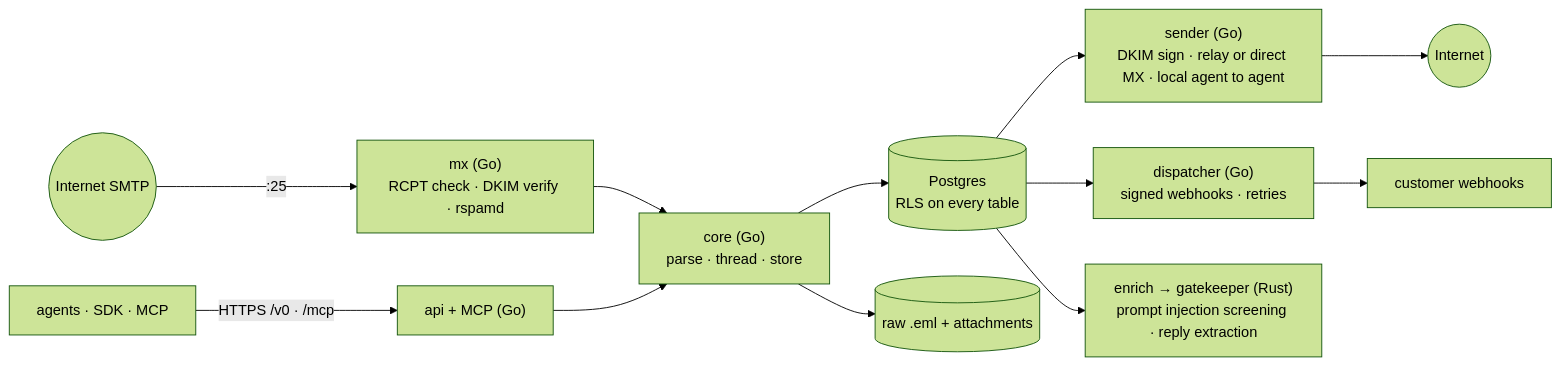
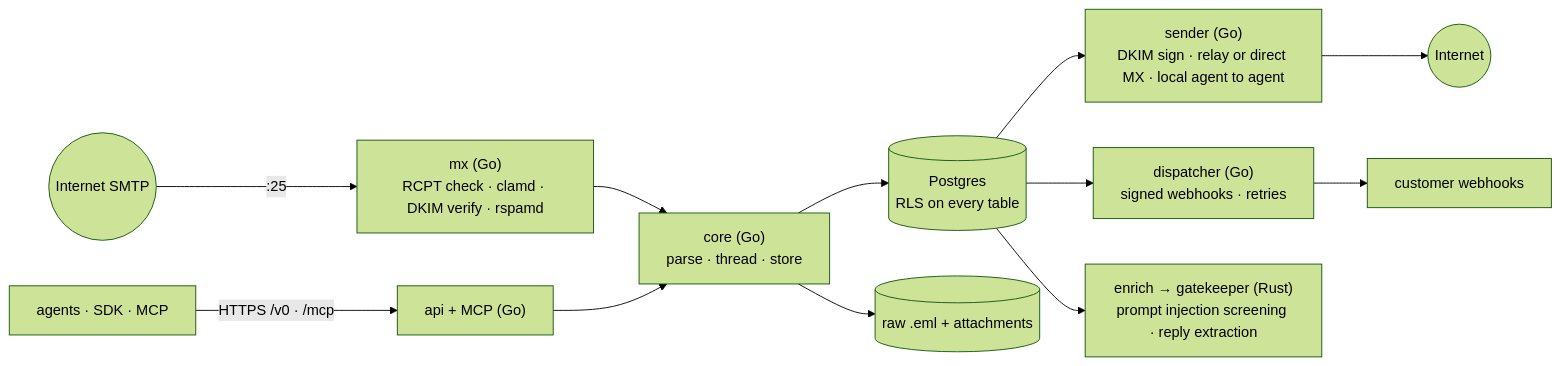
One commit to bertodrew/multi.ai.inbox changed the diagram in README.md. Above: the diagram before and after it, drawn with Mermaid (forest theme). The commit also changed other lines of this file and 142 other files, not shown here.

````diff
--- a/README.md
+++ b/README.md
@@ -11,13 +11,13 @@
 ```mermaid
 flowchart LR
-    Internet((Internet SMTP)) -->|":25"| MX["mx (Go)<br/>RCPT check · DKIM verify · rspamd"]
+    Internet((Internet SMTP)) -->|":25"| MX["mx (Go)<br/>RCPT check · clamd · DKIM verify · rspamd"]
     MX --> CORE["core (Go)<br/>parse · thread · store"]
     Agents["agents · SDK · MCP"] -->|"HTTPS /v0 · /mcp"| API["api + MCP (Go)"] --> CORE
     CORE --> PG[("Postgres<br/>RLS on every table")]
     CORE --> BLOB[("raw .eml + attachments")]
     PG --> SND["sender (Go)<br/>DKIM sign · relay or direct MX · local agent to agent"]
     PG --> DSP["dispatcher (Go)<br/>signed webhooks · retries"]
     PG --> ENR["enrich → gatekeeper (Rust)<br/>prompt injection screening · reply extraction"]
     SND --> Out((Internet))
     DSP --> Hooks["customer webhooks"]
 ```
````
